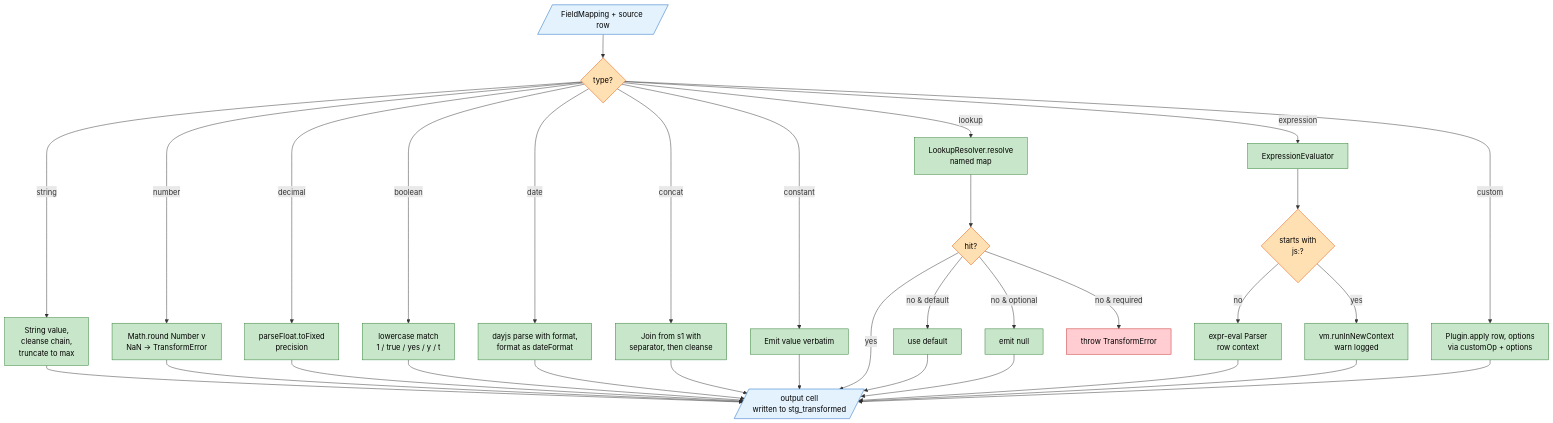
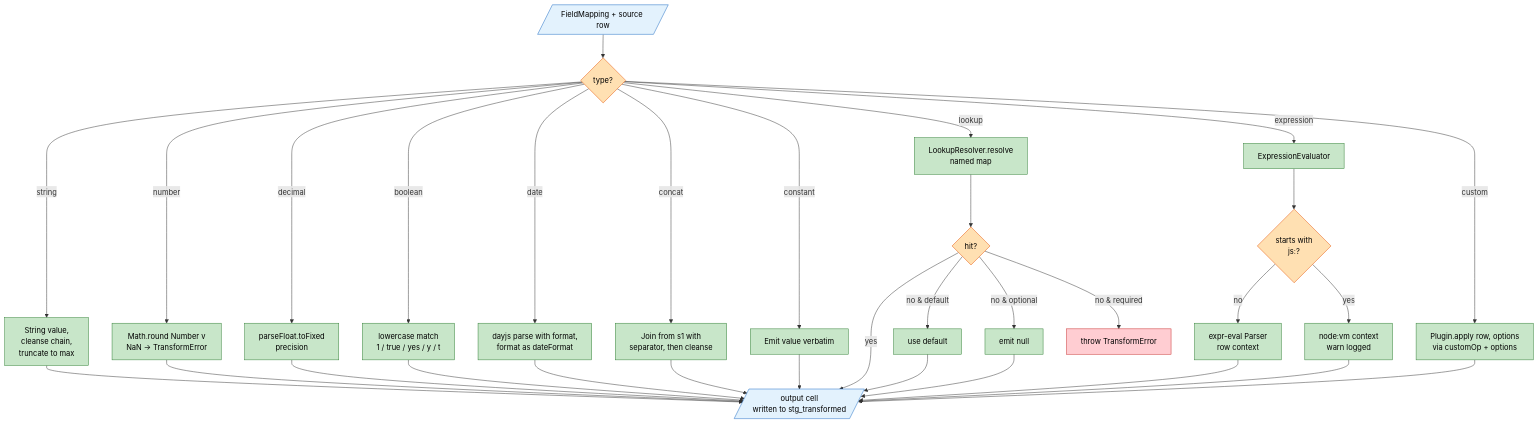
One commit to caracal-lynx/sluice changed the eighth of 15 diagrams in docs/architecture-diagrams.md. Above: the diagram before and after it, drawn with Mermaid. The commit also changed 7 other files, not shown here.

````diff
--- a/docs/architecture-diagrams.md
+++ b/docs/architecture-diagrams.md
@@ -497,48 +497,48 @@
 ```mermaid
 flowchart TB
     classDef io fill:#E3F2FD,stroke:#1565C0,color:#000
     classDef branch fill:#FFE0B2,stroke:#E65100,color:#000
     classDef op fill:#C8E6C9,stroke:#2E7D32,color:#000
     classDef err fill:#FFCDD2,stroke:#C62828,color:#000
 
     In[/FieldMapping + source row/]:::io
     Type{type?}:::branch
 
     Str[String value,<br/>cleanse chain,<br/>truncate to max]:::op
     Num[Math.round Number v<br/>NaN → TransformError]:::op
     Dec[parseFloat.toFixed<br/>precision]:::op
     Bool[lowercase match<br/>1 / true / yes / y / t]:::op
     Date[dayjs parse with format,<br/>format as dateFormat]:::op
     Lookup[LookupResolver.resolve<br/>named map]:::op
     Lookup2{hit?}:::branch
     Concat["Join from s1 with<br/>separator, then cleanse"]:::op
     Const[Emit value verbatim]:::op
     Expr[ExpressionEvaluator]:::op
     ExprPrefix{starts with<br/>js:?}:::branch
     SafeEval[expr-eval Parser<br/>row context]:::op
-    VmEval[vm.runInNewContext<br/>warn logged]:::op
+    VmEval[node:vm context<br/>warn logged]:::op
     Custom["Plugin.apply row, options<br/>via customOp + options"]:::op
 
     Default[use default]:::op
     NullOut[emit null]:::op
     Err[throw TransformError]:::err
     Out[/output cell<br/>written to stg_transformed/]:::io
 
     In --> Type
     Type -- string --> Str --> Out
     Type -- number --> Num --> Out
     Type -- decimal --> Dec --> Out
     Type -- boolean --> Bool --> Out
     Type -- date --> Date --> Out
     Type -- concat --> Concat --> Out
     Type -- constant --> Const --> Out
     Type -- lookup --> Lookup --> Lookup2
     Lookup2 -- yes --> Out
     Lookup2 -- no & default --> Default --> Out
     Lookup2 -- no & optional --> NullOut --> Out
     Lookup2 -- no & required --> Err
     Type -- expression --> Expr --> ExprPrefix
     ExprPrefix -- no --> SafeEval --> Out
     ExprPrefix -- yes --> VmEval --> Out
     Type -- custom --> Custom --> Out
 ```
````
